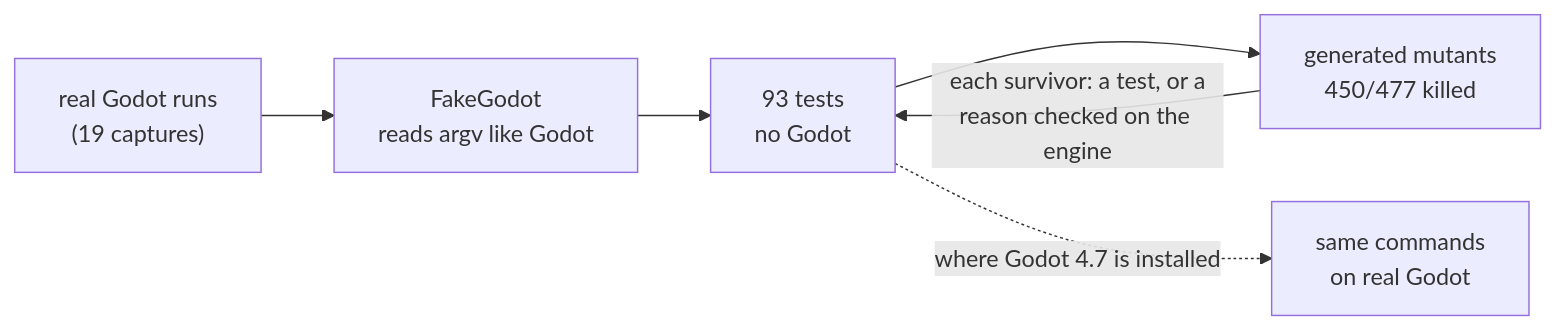
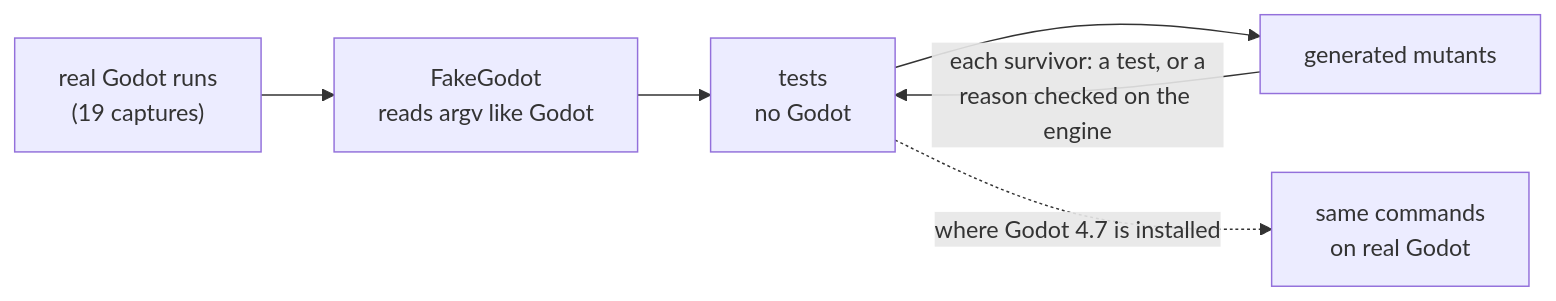
The third of 3 diagrams in README.md (pyrozhok/Starter-Kit-City-Builder), drawn with Mermaid before and after one commit. The commit also changed other lines of this file, not shown here.

````diff
--- a/README.md
+++ b/README.md
@@ -61,6 +61,6 @@
 ```mermaid
 flowchart LR
-  A["real Godot runs<br/>(19 captures)"] --> B["FakeGodot<br/>reads argv like Godot"] --> C["93 tests<br/>no Godot"] --> D["generated mutants<br/>450/477 killed"]
+  A["real Godot runs<br/>(19 captures)"] --> B["FakeGodot<br/>reads argv like Godot"] --> C["tests<br/>no Godot"] --> D["generated mutants"]
   D -- "each survivor: a test, or a<br/>reason checked on the engine" --> C
   C -. "where Godot 4.7 is installed" .-> E["same commands<br/>on real Godot"]
 ```
````
